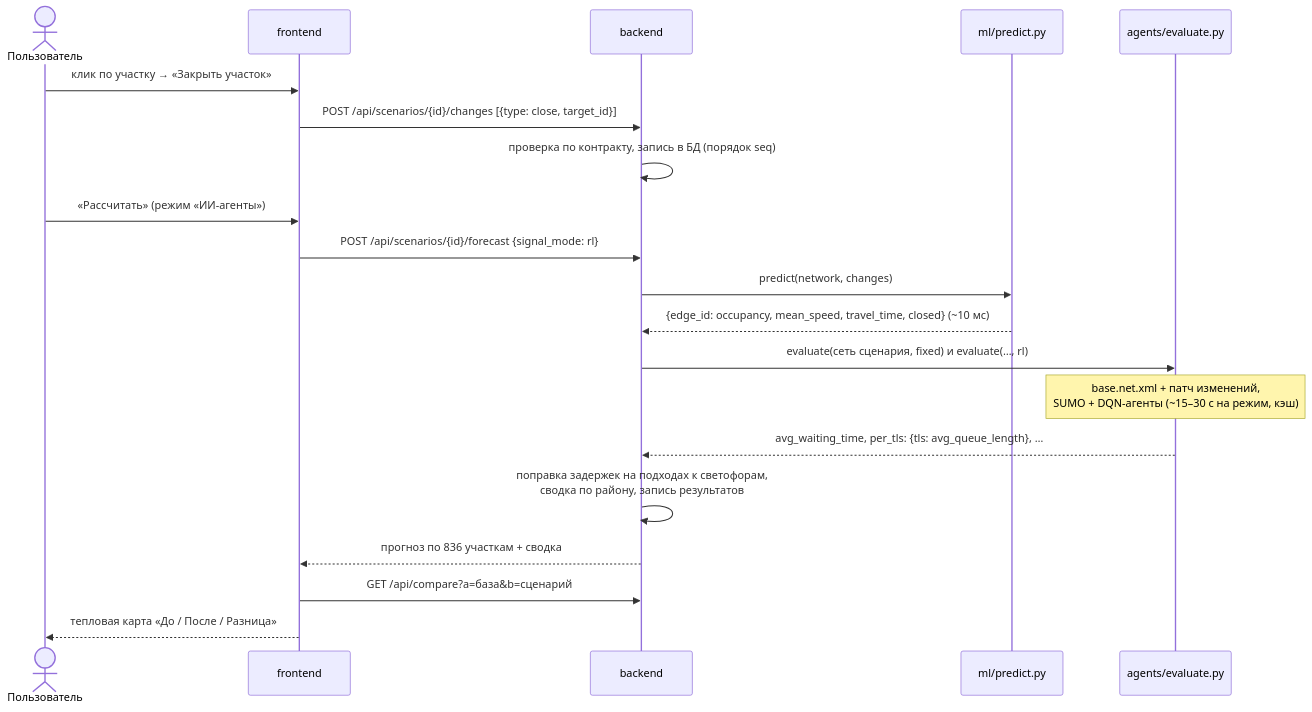
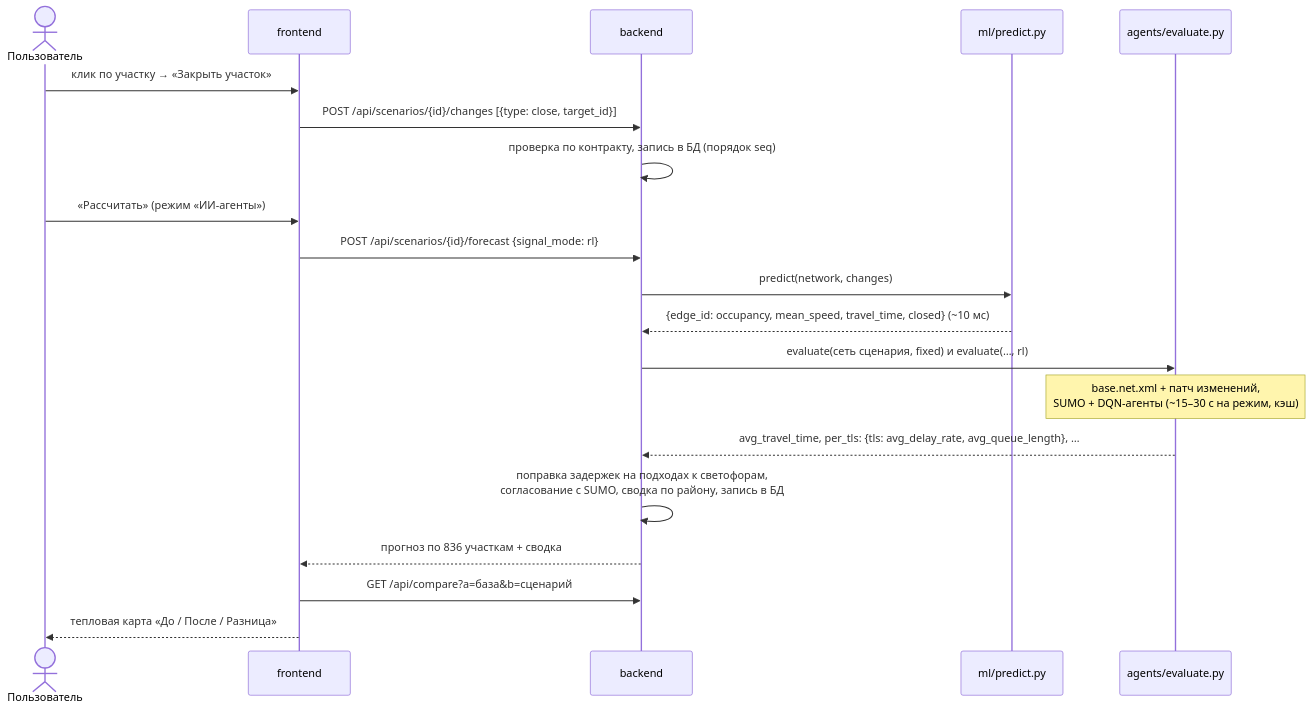
One commit to EnumNek/IIgoni changed the second of 2 diagrams in README.md. Above: the diagram before and after it, drawn with Mermaid.

Commit message:
README: диаграмма последовательности — задержка по светофорам и согласование с SUMO
Claude-Session: https://claude.ai/code/session_013CiNDm1N3S3xWiLDEaheGo

````diff
--- a/README.md
+++ b/README.md
@@ -78,22 +78,22 @@
 ```mermaid
 sequenceDiagram
     actor U as Пользователь
     participant F as frontend
     participant B as backend
     participant P as ml/predict.py
     participant A as agents/evaluate.py
     U->>F: клик по участку → «Закрыть участок»
     F->>B: POST /api/scenarios/{id}/changes [{type: close, target_id}]
     B->>B: проверка по контракту, запись в БД (порядок seq)
     U->>F: «Рассчитать» (режим «ИИ-агенты»)
     F->>B: POST /api/scenarios/{id}/forecast {signal_mode: rl}
     B->>P: predict(network, changes)
     P-->>B: {edge_id: occupancy, mean_speed, travel_time, closed} (~10 мс)
     B->>A: evaluate(сеть сценария, fixed) и evaluate(…, rl)
     Note over A: base.net.xml + патч изменений,<br/>SUMO + DQN-агенты (~15–30 с на режим, кэш)
-    A-->>B: avg_waiting_time, per_tls: {tls: avg_queue_length}, …
-    B->>B: поправка задержек на подходах к светофорам,<br/>сводка по району, запись результатов
+    A-->>B: avg_travel_time, per_tls: {tls: avg_delay_rate, avg_queue_length}, …
+    B->>B: поправка задержек на подходах к светофорам,<br/>согласование с SUMO, сводка по району, запись в БД
     B-->>F: прогноз по 836 участкам + сводка
     F->>B: GET /api/compare?a=база&b=сценарий
     F-->>U: тепловая карта «До / После / Разница»
 ```
````
